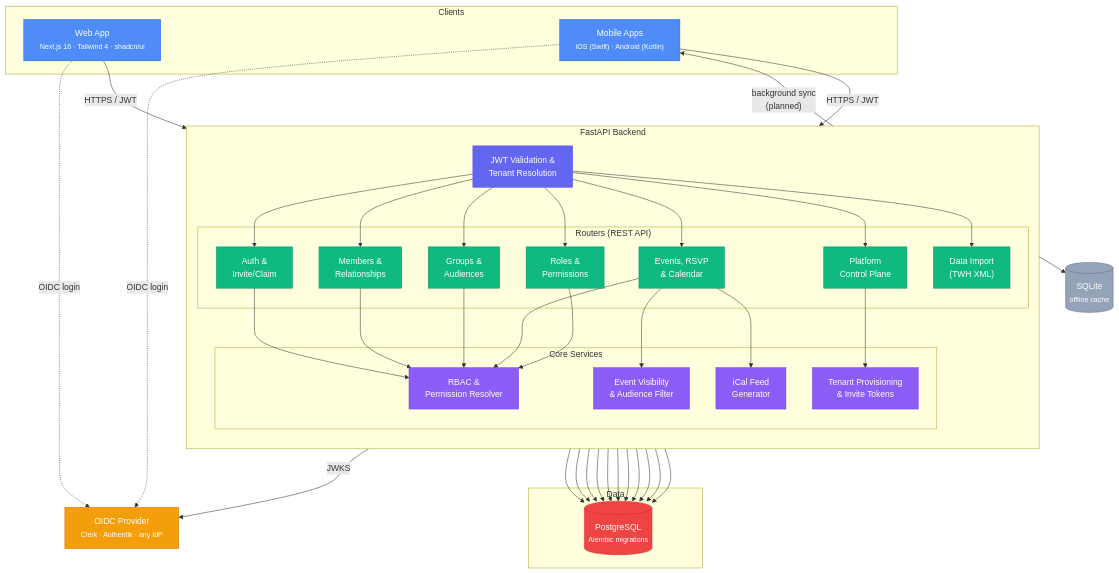
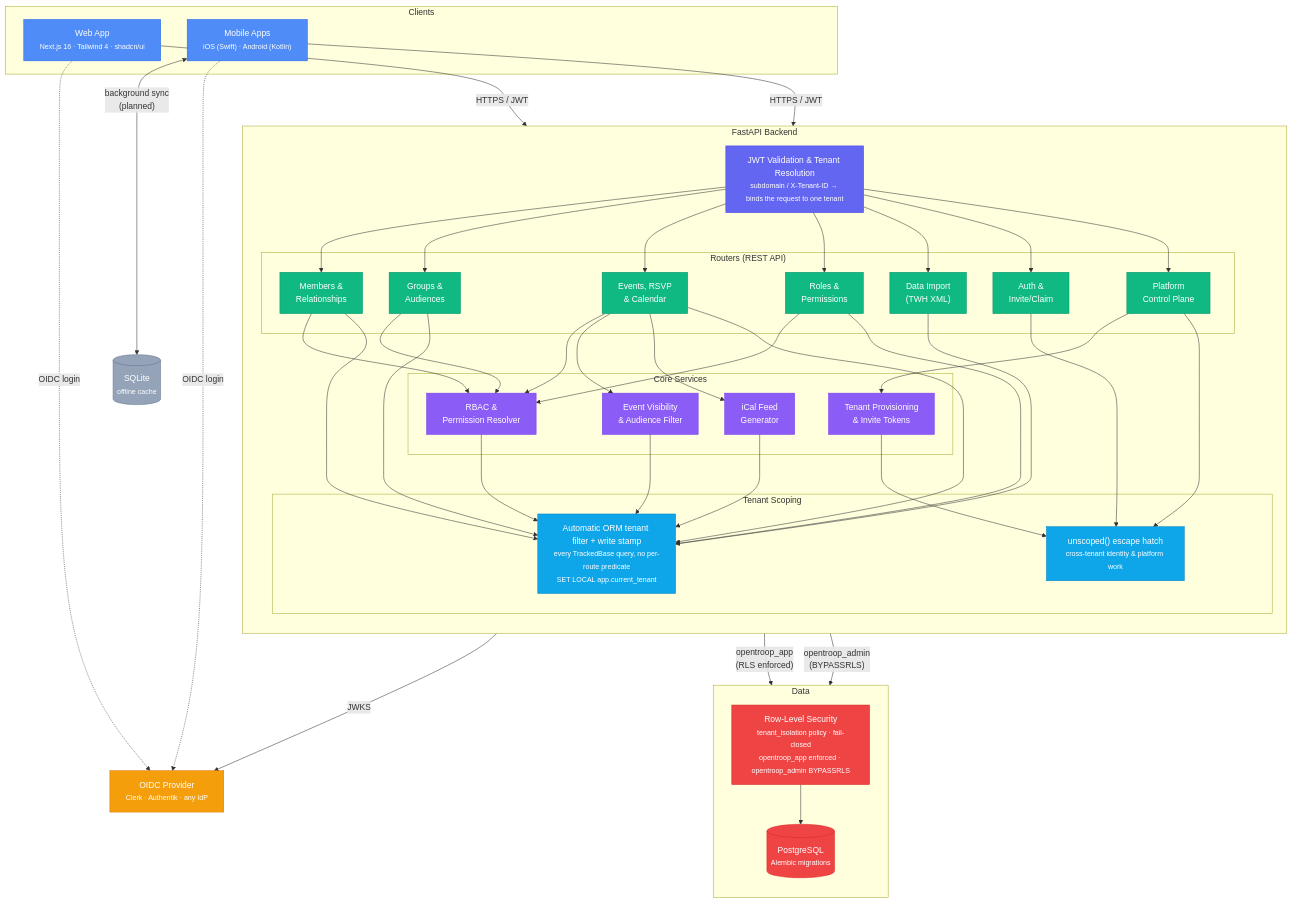
Before and after one commit to NonProdHuman/OpenTroop: the diagram in README.md, drawn with Mermaid. The commit also changed other lines of this file and 2 other files, not shown here.

Commit message:
docs: add spec for RLS enforcement rollout and update documentation references

````diff
--- a/README.md
+++ b/README.md
@@ -22,16 +22,16 @@
 
     subgraph "FastAPI Backend"
         direction TB
-        GW["JWT Validation &<br/>Tenant Resolution"]
+        GW["JWT Validation &amp; Tenant Resolution<br/><small>subdomain / X-Tenant-ID → binds the request to one tenant</small>"]
 
         subgraph "Routers (REST API)"
-            R_AUTH["Auth &<br/>Invite/Claim"]
             R_MEMBERS["Members &<br/>Relationships"]
             R_GROUPS["Groups &<br/>Audiences"]
             R_EVENTS["Events, RSVP<br/>& Calendar"]
             R_ROLES["Roles &<br/>Permissions"]
+            R_IMPORT["Data Import<br/>(TWH XML)"]
+            R_AUTH["Auth &<br/>Invite/Claim"]
             R_PLATFORM["Platform<br/>Control Plane"]
-            R_IMPORT["Data Import<br/>(TWH XML)"]
         end
 
         subgraph "Core Services"
@@ -40,9 +40,16 @@
             PROV["Tenant Provisioning<br/>& Invite Tokens"]
             ICAL["iCal Feed<br/>Generator"]
         end
+
+        subgraph "Tenant Scoping"
+            SCOPE["Automatic ORM tenant filter + write stamp<br/><small>every TrackedBase query, no per-route predicate<br/>SET LOCAL app.current_tenant</small>"]
+            BYPASS["unscoped() escape hatch<br/><small>cross-tenant identity &amp; platform work</small>"]
+        end
     end
 
     subgraph Data
+        direction TB
+        RLS["Row-Level Security<br/><small>tenant_isolation policy · fail-closed<br/>opentroop_app enforced · opentroop_admin BYPASSRLS</small>"]
         PG[("PostgreSQL<br/><small>Alembic migrations</small>")]
     end
 
@@ -53,13 +60,22 @@
     WEB -. "OIDC login" .-> OIDC
     MOBILE -. "OIDC login" .-> OIDC
     GW -- "JWKS" --> OIDC
-    GW --> R_AUTH & R_MEMBERS & R_GROUPS & R_EVENTS & R_ROLES & R_PLATFORM & R_IMPORT
-    R_AUTH & R_MEMBERS & R_GROUPS & R_EVENTS & R_ROLES --> RBAC
+
+    GW --> R_MEMBERS & R_GROUPS & R_EVENTS & R_ROLES & R_IMPORT & R_AUTH & R_PLATFORM
+
+    R_MEMBERS & R_GROUPS & R_EVENTS & R_ROLES --> RBAC
     R_EVENTS --> VIS
     R_EVENTS --> ICAL
     R_PLATFORM --> PROV
-    RBAC & VIS & PROV & ICAL --> PG
-    R_AUTH & R_MEMBERS & R_GROUPS & R_EVENTS & R_ROLES & R_PLATFORM & R_IMPORT --> PG
+
+    R_MEMBERS & R_GROUPS & R_EVENTS & R_ROLES & R_IMPORT --> SCOPE
+    RBAC & VIS & ICAL --> SCOPE
+    R_AUTH & R_PLATFORM & PROV --> BYPASS
+
+    SCOPE -- "opentroop_app<br/>(RLS enforced)" --> RLS
+    BYPASS -- "opentroop_admin<br/>(BYPASSRLS)" --> RLS
+    RLS --> PG
+
     MOBILE -- "background sync<br/>(planned)" <--> SQLITE
 
     classDef client fill:#4f8cf7,stroke:#2563eb,color:#fff
@@ -67,6 +83,7 @@
     classDef gw fill:#6366f1,stroke:#4f46e5,color:#fff
     classDef router fill:#10b981,stroke:#059669,color:#fff
     classDef core fill:#8b5cf6,stroke:#7c3aed,color:#fff
+    classDef scope fill:#0ea5e9,stroke:#0284c7,color:#fff
     classDef db fill:#ef4444,stroke:#dc2626,color:#fff
     classDef offline fill:#94a3b8,stroke:#64748b,color:#fff
 
@@ -75,6 +92,7 @@
     class GW gw
     class R_AUTH,R_MEMBERS,R_GROUPS,R_EVENTS,R_ROLES,R_PLATFORM,R_IMPORT router
     class RBAC,VIS,PROV,ICAL core
-    class PG db
+    class SCOPE,BYPASS scope
+    class RLS,PG db
     class SQLITE offline
 ```
````
